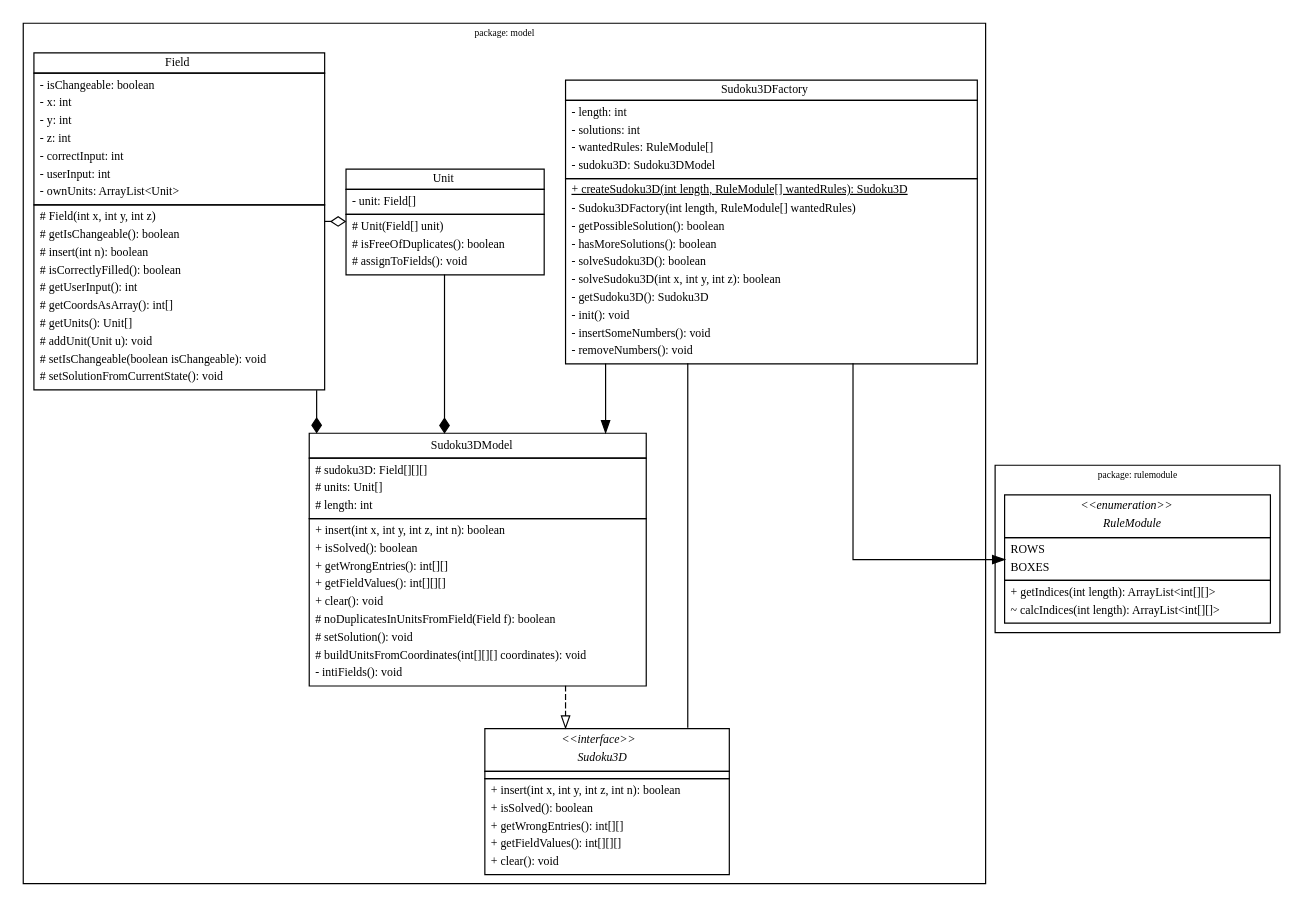
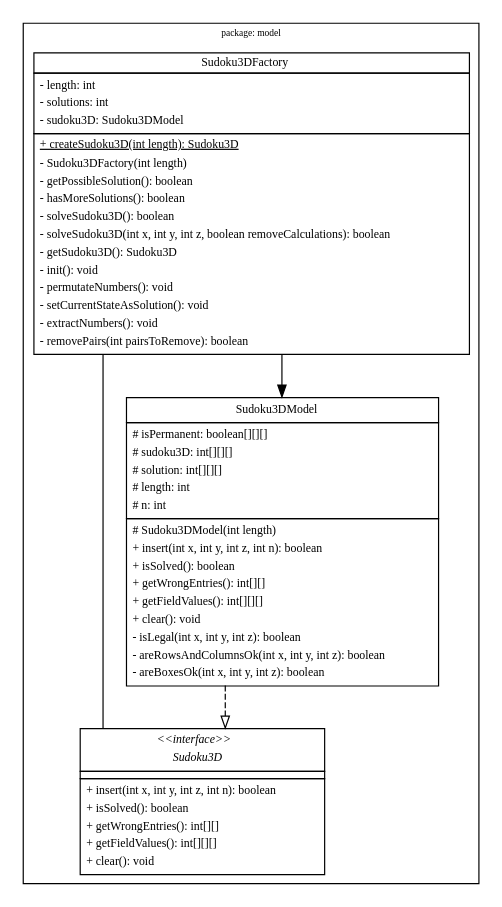
Before and after one commit to Mavpotter/Sudoku3D: the diagram in doc/model.dot, drawn with Graphviz. The commit also changed 2 other files, not shown here.

Commit message:
applied to current state

```diff
--- a/doc/model.dot
+++ b/doc/model.dot
@@ -17,44 +17,6 @@
     subgraph clustermodel{
 
         label = "package: model"
-
-        field [
-            label =
-            <<table border="0" cellspacing="0" cellborder="1">
-                <tr>
-                    <td>Field</td>
-                </tr>
-                <tr>
-                    <td>
-                        <table border="0" cellspacing="0" cellborder="0">
-                            <tr><td align="left">- isChangeable: boolean</td></tr>
-                            <tr><td align="left">- x: int</td></tr>
-                            <tr><td align="left">- y: int</td></tr>
-                            <tr><td align="left">- z: int</td></tr>
-                            <tr><td align="left">- correctInput: int</td></tr>
-                            <tr><td align="left">- userInput: int</td></tr>
-                            <tr><td align="left">- ownUnits: ArrayList&lt;Unit&gt;</td></tr>
-                        </table>
-                    </td>
-                </tr>
-                <tr>
-                    <td>
-                        <table border="0" cellspacing="0" cellborder="0">
-                            <tr><td align="left"># Field(int x, int y, int z)</td></tr>
-                            <tr><td align="left"># getIsChangeable(): boolean</td></tr>
-                            <tr><td align="left"># insert(int n): boolean</td></tr>
-                            <tr><td align="left"># isCorrectlyFilled(): boolean</td></tr>
-                            <tr><td align="left"># getUserInput(): int</td></tr>
-                            <tr><td align="left"># getCoordsAsArray(): int[]</td></tr>
-                            <tr><td align="left"># getUnits(): Unit[]</td></tr>
-                            <tr><td align="left"># addUnit(Unit u): void</td></tr>
-                            <tr><td align="left"># setIsChangeable(boolean isChangeable): void</td></tr>
-                            <tr><td align="left"># setSolutionFromCurrentState(): void</td></tr>
-                        </table>
-                    </td>
-                </tr>
-            </table>>
-        ]
 
         sudoku3d [
             label =
@@ -95,7 +57,6 @@
                         <table border="0" cellspacing="0" cellborder="0">
                             <tr><td align="left">- length: int</td></tr>
                             <tr><td align="left">- solutions: int</td></tr>
-                            <tr><td align="left">- wantedRules: RuleModule[]</td></tr>
                             <tr><td align="left">- sudoku3D: Sudoku3DModel</td></tr>
                         </table>
                     </td>
@@ -103,16 +64,18 @@
                 <tr>
                     <td>
                         <table border="0" cellspacing="0" cellborder="0">
-                            <tr><td align="left"><u>+ createSudoku3D(int length, RuleModule[] wantedRules): Sudoku3D</u></td></tr>
-                            <tr><td align="left">- Sudoku3DFactory(int length, RuleModule[] wantedRules)</td></tr>
+                            <tr><td align="left"><u>+ createSudoku3D(int length): Sudoku3D</u></td></tr>
+                            <tr><td align="left">- Sudoku3DFactory(int length)</td></tr>
                             <tr><td align="left">- getPossibleSolution(): boolean</td></tr>
                             <tr><td align="left">- hasMoreSolutions(): boolean</td></tr>
                             <tr><td align="left">- solveSudoku3D(): boolean</td></tr>
-                            <tr><td align="left">- solveSudoku3D(int x, int y, int z): boolean</td></tr>
+                            <tr><td align="left">- solveSudoku3D(int x, int y, int z, boolean removeCalculations): boolean</td></tr>
                             <tr><td align="left">- getSudoku3D(): Sudoku3D</td></tr>
                             <tr><td align="left">- init(): void</td></tr>
-                            <tr><td align="left">- insertSomeNumbers(): void</td></tr>
-                            <tr><td align="left">- removeNumbers(): void</td></tr>
+                            <tr><td align="left">- permutateNumbers(): void</td></tr>
+                            <tr><td align="left">- setCurrentStateAsSolution(): void</td></tr>
+                            <tr><td align="left">- extractNumbers(): void</td></tr>
+                            <tr><td align="left">- removePairs(int pairsToRemove): boolean</td></tr>
                         </table>
                     </td>
                 </tr>
@@ -132,86 +95,26 @@
                 <tr>
                     <td>
                         <table border="0" cellspacing="0" cellborder="0">
-                            <tr><td align="left"># sudoku3D: Field[][][]</td></tr>
-                            <tr><td align="left"># units: Unit[]</td></tr>
+                            <tr><td align="left"># isPermanent: boolean[][][]</td></tr>
+                            <tr><td align="left"># sudoku3D: int[][][]</td></tr>
+                            <tr><td align="left"># solution: int[][][]</td></tr>
                             <tr><td align="left"># length: int</td></tr>
+                            <tr><td align="left"># n: int</td></tr>
                         </table>
                     </td>
                 </tr>
                 <tr>
                     <td>
                         <table border="0" cellspacing="0" cellborder="0">
+                            <tr><td align="left"># Sudoku3DModel(int length)</td></tr>
                             <tr><td align="left">+ insert(int x, int y, int z, int n): boolean</td></tr>
                             <tr><td align="left">+ isSolved(): boolean</td></tr>
                             <tr><td align="left">+ getWrongEntries(): int[][]</td></tr>
                             <tr><td align="left">+ getFieldValues(): int[][][]</td></tr>
                             <tr><td align="left">+ clear(): void</td></tr>
-                            <tr><td align="left"># noDuplicatesInUnitsFromField(Field f): boolean</td></tr>
-                            <tr><td align="left"># setSolution(): void</td></tr>
-                            <tr><td align="left"># buildUnitsFromCoordinates(int[][][] coordinates): void</td></tr>
-                            <tr><td align="left">- intiFields(): void</td></tr>
-                        </table>
-                    </td>
-                </tr>
-            </table>>
-        ]
-
-        unit [
-            label =
-            <<table border="0" cellspacing="0" cellborder="1">
-                <tr>
-                    <td>Unit</td>
-                </tr>
-                <tr>
-                    <td>
-                        <table border="0" cellspacing="0" cellborder="0">
-                            <tr><td align="left">- unit: Field[]</td></tr>
-                        </table>
-                    </td>
-                </tr>
-                <tr>
-                    <td>
-                        <table border="0" cellspacing="0" cellborder="0">
-                            <tr><td align="left"># Unit(Field[] unit)</td></tr>
-                            <tr><td align="left"># isFreeOfDuplicates(): boolean</td></tr>
-                            <tr><td align="left"># assignToFields(): void</td></tr>
-                        </table>
-                    </td>
-                </tr>
-            </table>>
-        ]
-
-        {rank="same" unit field}
-    }
-
-    subgraph clusterrulemodule{
-
-        label = "package: rulemodule"
-
-        rulemodule [
-            label =
-            <<table border="0" cellspacing="0" cellborder="1">
-                <tr>
-                    <td>
-                        <table border="0" cellspacing="0" cellborder="0">
-                            <tr><td align="center"><i>&lt;&lt;enumeration&gt;&gt;</i></td></tr>
-                            <tr><td align="center"><i>RuleModule</i></td></tr>
-                        </table>
-                    </td>
-                </tr>
-                <tr>
-                    <td>
-                        <table border="0" cellspacing="0" cellborder="0">
-                            <tr><td align="left">ROWS</td></tr>
-                            <tr><td align="left">BOXES</td></tr>
-                        </table>
-                    </td>
-                </tr>
-                <tr>
-                    <td>
-                        <table border="0" cellspacing="0" cellborder="0">
-                            <tr><td align="left">+ getIndices(int length): ArrayList&lt;int[][]&gt;</td></tr>
-                            <tr><td align="left">~ calcIndices(int length): ArrayList&lt;int[][]&gt;</td></tr>
+                            <tr><td align="left">- isLegal(int x, int y, int z): boolean</td></tr>
+                            <tr><td align="left">- areRowsAndColumnsOk(int x, int y, int z): boolean</td></tr>
+                            <tr><td align="left">- areBoxesOk(int x, int y, int z): boolean</td></tr>
                         </table>
                     </td>
                 </tr>
@@ -220,10 +123,6 @@
     }
 
     sudoku3dfactory -> sudoku3dmodel
-    sudoku3dfactory -> rulemodule
     sudoku3dfactory -> sudoku3d [arrowhead=none]
-    field -> sudoku3dmodel [arrowhead=diamond]
-    unit -> sudoku3dmodel [arrowhead=diamond]
-    field -> unit [arrowhead=odiamond]
     sudoku3dmodel -> sudoku3d [arrowhead=onormal,style=dashed]
 }
```
